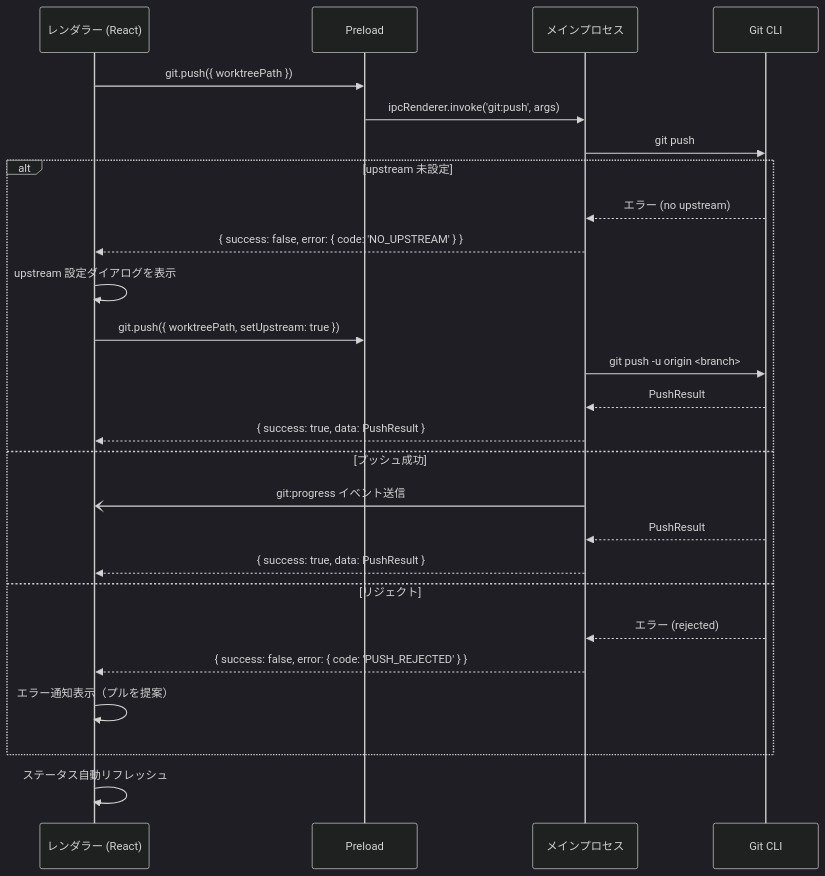
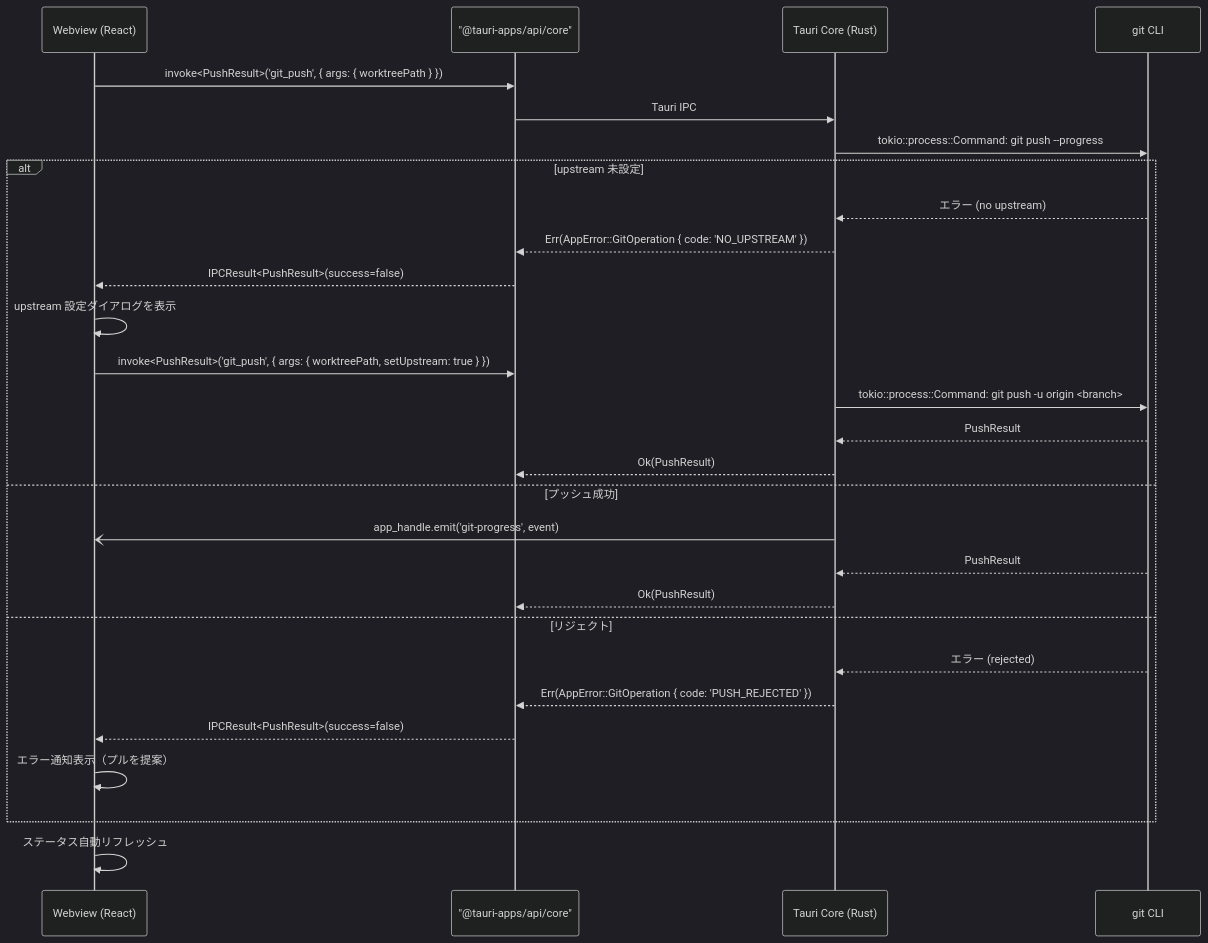
One commit to ToshikiImagawa/Buruma changed the second of 3 diagrams in .sdd/specification/basic-git-operations_spec.md. Above: the diagram before and after it, drawn with Mermaid. The commit also changed other lines of this file and 7 other files, not shown here.

````diff
--- a/.sdd/specification/basic-git-operations_spec.md
+++ b/.sdd/specification/basic-git-operations_spec.md
@@ -349,32 +348,34 @@
 ```mermaid
 %%{init: {'theme': 'dark'}}%%
 sequenceDiagram
-    participant Renderer as レンダラー (React)
-    participant Preload as Preload
-    participant Main as メインプロセス
-    participant Git as Git CLI
+    participant Webview as Webview (React)
+    participant Invoke as "@tauri-apps/api/core"
+    participant Core as Tauri Core (Rust)
+    participant Git as git CLI
 
-    Renderer ->> Preload: git.push({ worktreePath })
-    Preload ->> Main: ipcRenderer.invoke('git:push', args)
-    Main ->> Git: git push
+    Webview ->> Invoke: invoke<PushResult>('git_push', { args: { worktreePath } })
+    Invoke ->> Core: Tauri IPC
+    Core ->> Git: tokio::process::Command: git push --progress
 
     alt upstream 未設定
-        Git -->> Main: エラー (no upstream)
-        Main -->> Renderer: { success: false, error: { code: 'NO_UPSTREAM' } }
-        Renderer ->> Renderer: upstream 設定ダイアログを表示
-        Renderer ->> Preload: git.push({ worktreePath, setUpstream: true })
-        Main ->> Git: git push -u origin <branch>
-        Git -->> Main: PushResult
-        Main -->> Renderer: { success: true, data: PushResult }
+        Git -->> Core: エラー (no upstream)
+        Core -->> Invoke: Err(AppError::GitOperation { code: 'NO_UPSTREAM' })
+        Invoke -->> Webview: IPCResult<PushResult>(success=false)
+        Webview ->> Webview: upstream 設定ダイアログを表示
+        Webview ->> Invoke: invoke<PushResult>('git_push', { args: { worktreePath, setUpstream: true } })
+        Core ->> Git: tokio::process::Command: git push -u origin <branch>
+        Git -->> Core: PushResult
+        Core -->> Invoke: Ok(PushResult)
     else プッシュ成功
-        Main -) Renderer: git:progress イベント送信
-        Git -->> Main: PushResult
-        Main -->> Renderer: { success: true, data: PushResult }
+        Core -) Webview: app_handle.emit('git-progress', event)
+        Git -->> Core: PushResult
+        Core -->> Invoke: Ok(PushResult)
     else リジェクト
-        Git -->> Main: エラー (rejected)
-        Main -->> Renderer: { success: false, error: { code: 'PUSH_REJECTED' } }
-        Renderer ->> Renderer: エラー通知表示（プルを提案）
+        Git -->> Core: エラー (rejected)
+        Core -->> Invoke: Err(AppError::GitOperation { code: 'PUSH_REJECTED' })
+        Invoke -->> Webview: IPCResult<PushResult>(success=false)
+        Webview ->> Webview: エラー通知表示（プルを提案）
     end
 
-    Renderer ->> Renderer: ステータス自動リフレッシュ
+    Webview ->> Webview: ステータス自動リフレッシュ
 ```
````
